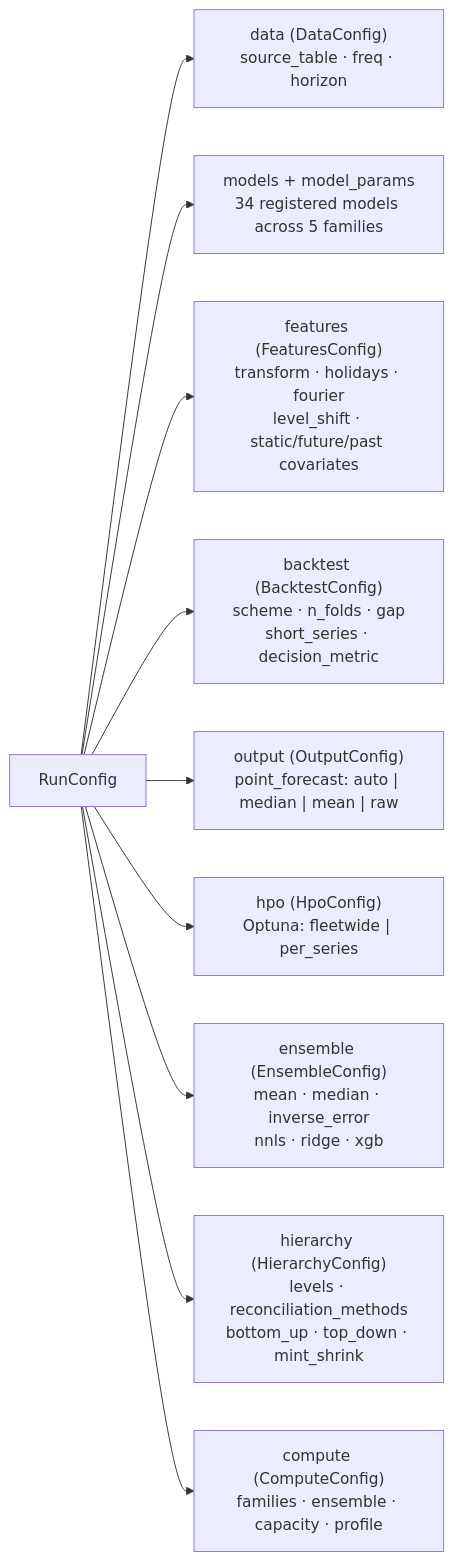
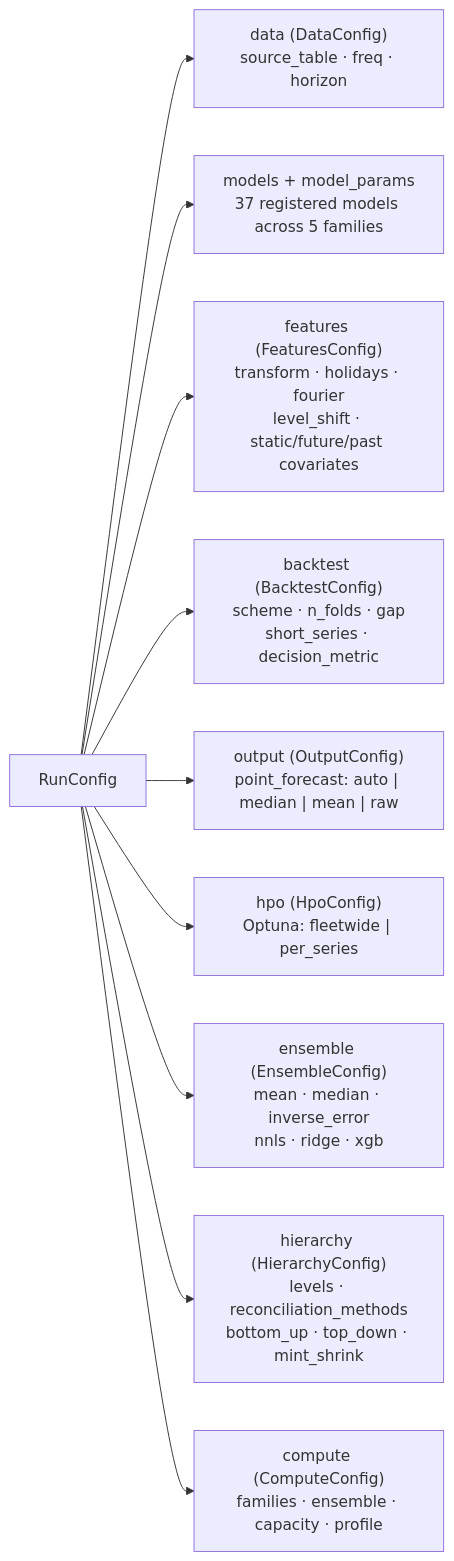
One commit to statmike/scale-forecasting changed the diagram in docs/configuration_reference.md. Above: the diagram before and after it, drawn with Mermaid. The commit also changed 70 other files, not shown here.

Commit message:
feat(models): add open-weight foundation model suite (chronos_bolt, chronos2, timesfm_torch) and [models-foundation] extra

````diff
--- a/docs/configuration_reference.md
+++ b/docs/configuration_reference.md
@@ -36,12 +36,12 @@
 ```mermaid
 flowchart LR
     RunCfg["RunConfig"] --> Data["data (DataConfig)<br/>source_table · freq · horizon"]
-    RunCfg --> Models["models + model_params<br/>34 registered models across 5 families"]
+    RunCfg --> Models["models + model_params<br/>37 registered models across 5 families"]
     RunCfg --> Feat["features (FeaturesConfig)<br/>transform · holidays · fourier<br/>level_shift · static/future/past covariates"]
     RunCfg --> BT["backtest (BacktestConfig)<br/>scheme · n_folds · gap<br/>short_series · decision_metric"]
     RunCfg --> Out["output (OutputConfig)<br/>point_forecast: auto | median | mean | raw"]
     RunCfg --> HPO["hpo (HpoConfig)<br/>Optuna: fleetwide | per_series"]
     RunCfg --> Ens["ensemble (EnsembleConfig)<br/>mean · median · inverse_error<br/>nnls · ridge · xgb"]
     RunCfg --> Hier["hierarchy (HierarchyConfig)<br/>levels · reconciliation_methods<br/>bottom_up · top_down · mint_shrink"]
     RunCfg --> Comp["compute (ComputeConfig)<br/>families · ensemble · capacity · profile"]
 ```
````
